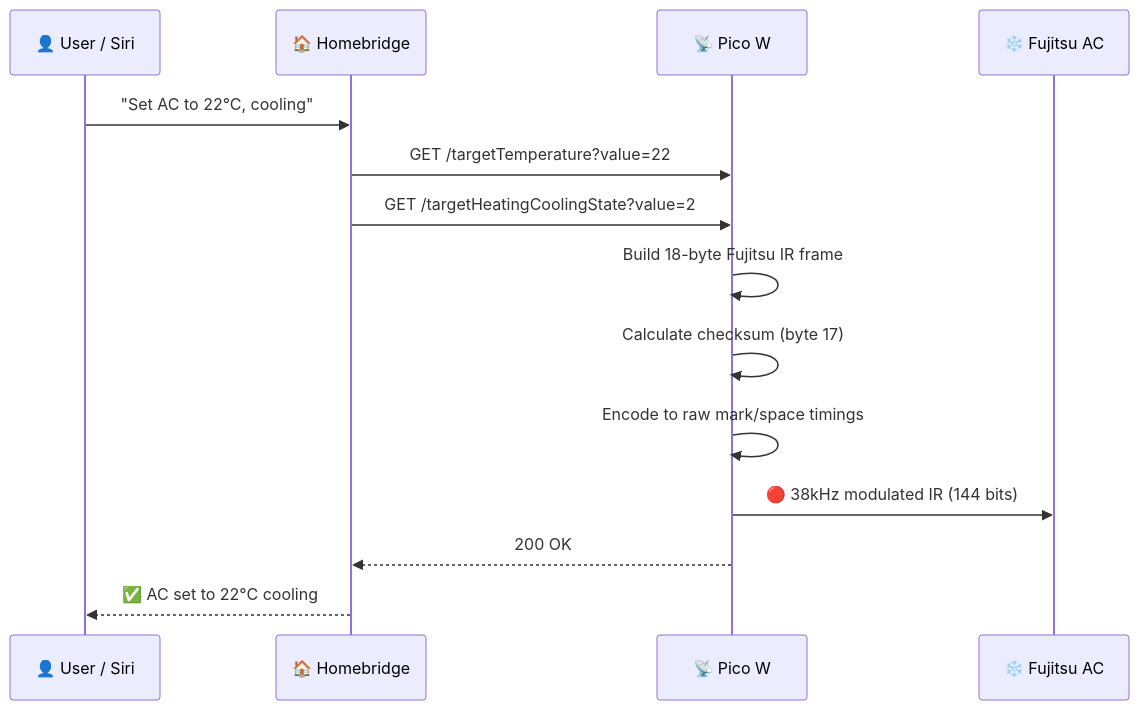
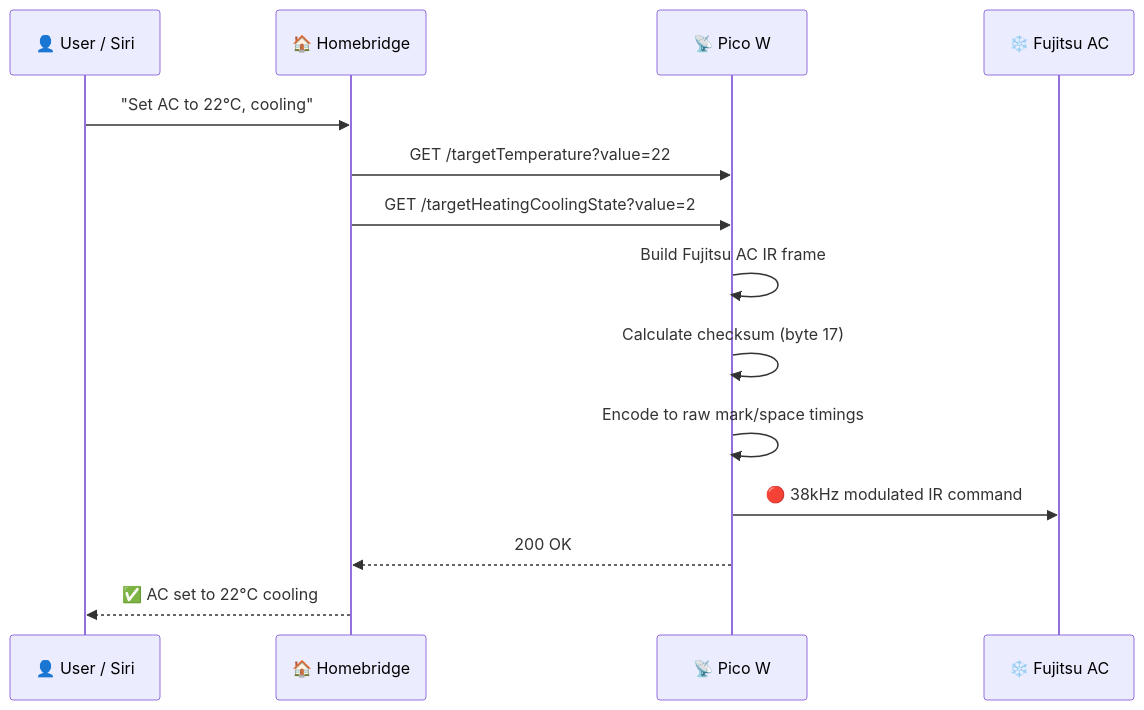
One commit to SafalFrom2050/pico-w-room-controller changed the first of 3 diagrams in README.md. Above: the diagram before and after it, drawn with Mermaid. The commit also changed other lines of this file and 3 other files, not shown here.

````diff
--- a/README.md
+++ b/README.md
@@ -101,17 +101,17 @@
 ```mermaid
 sequenceDiagram
     participant User as 👤 User / Siri
     participant HB as 🏠 Homebridge
     participant Pico as 📡 Pico W
     participant AC as ❄️ Fujitsu AC
 
     User->>HB: "Set AC to 22°C, cooling"
     HB->>Pico: GET /targetTemperature?value=22
     HB->>Pico: GET /targetHeatingCoolingState?value=2
-    Pico->>Pico: Build 18-byte Fujitsu IR frame
+    Pico->>Pico: Build Fujitsu AC IR frame
     Pico->>Pico: Calculate checksum (byte 17)
     Pico->>Pico: Encode to raw mark/space timings
-    Pico->>AC: 🔴 38kHz modulated IR (144 bits)
+    Pico->>AC: 🔴 38kHz modulated IR command
     Pico-->>HB: 200 OK
     HB-->>User: ✅ AC set to 22°C cooling
 ```
````
